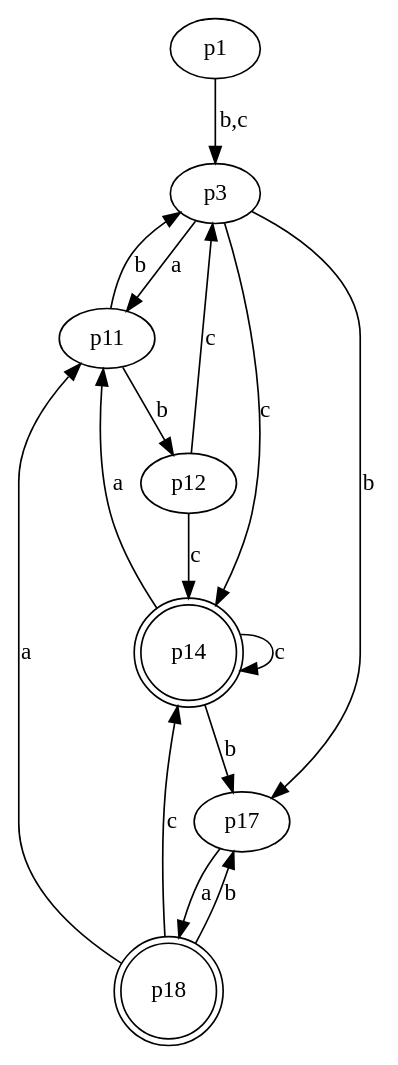
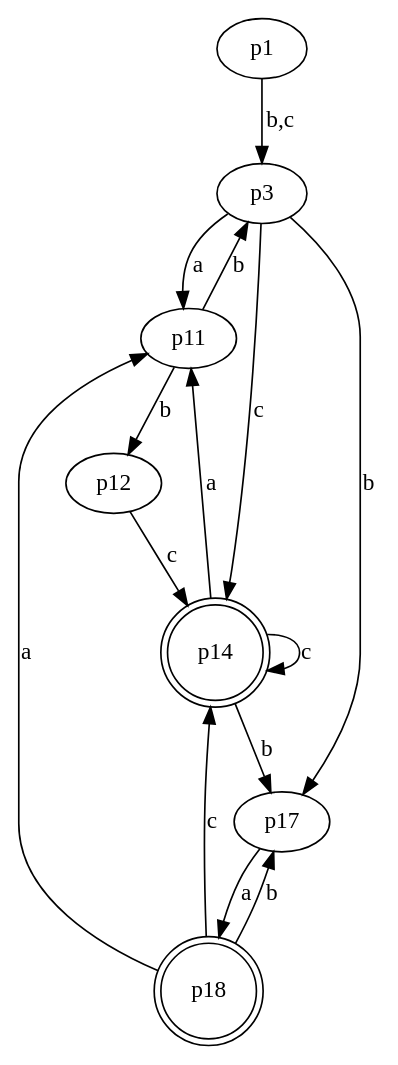
The diagram in Task3/3_4(del).gv (NRU-MPEI-IMAI/git-Edmelissa), drawn with Graphviz before and after one commit. The commit also changed other lines of this file, not shown here.

```diff
--- a/Task3/3_4(del).gv
+++ b/Task3/3_4(del).gv
@@ -1,32 +1,31 @@
 digraph G 
 {
     n1 [label = p1]
     n3 [label = p3]
     n11 [label = p11]
     n12 [label = p12]
     n14 [label = p14, shape = doublecircle]
     n17 [label = p17]
     n18 [label = p18, shape = doublecircle]
 	
     n1 -> n3 [label = "b,c"]
     
     n3 -> n11 [label = "a"]
     n3 -> n17 [label = "b"]
     n3 -> n14 [label = "c"]
     
     n11 -> n3  [label = "b"]
     n11 -> n12  [label = "b"]
     
-    n12 -> n3 [label = "c"]
     n12 -> n14 [label = "c"]
     
     n14 -> n14  [label = "c"]
     n14 -> n11 [label = "a"]
     n14 -> n17 [label = "b"]
     
     n17 -> n18 [label = "a"]
     
     n18 -> n17  [label = "b"]
     n18 -> n11 [label = "a"]
     n18 -> n14  [label = "c"]
 }
```
